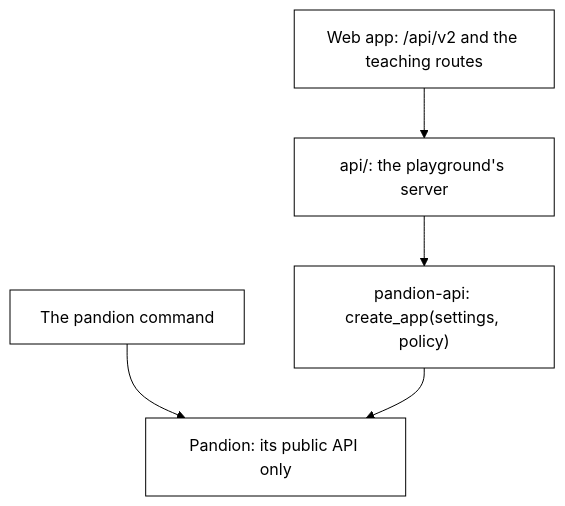
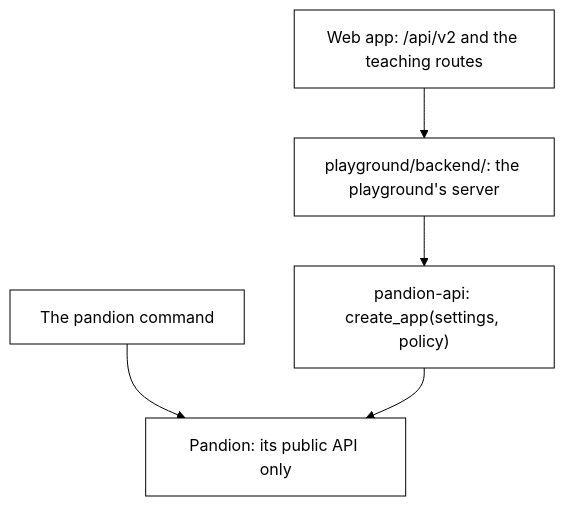
Before and after one commit to nadeem4/rag-playground: the first of 3 diagrams in docs/architecture.md, drawn with Mermaid. The commit also changed other lines of this file and 69 other files, not shown here.

First line of the commit message:
refactor: move the playground server from api/ to playground/backend

````diff
--- a/docs/architecture.md
+++ b/docs/architecture.md
@@ -132,8 +134,8 @@
 ```mermaid
 %%{init: {'theme':'base','themeVariables':{'primaryColor':'#ffffff','primaryTextColor':'#000000','primaryBorderColor':'#000000','lineColor':'#000000'}}}%%
 flowchart TB
     CLI["The pandion command"] --> CORE
-    WEB["Web app: /api/v2 and the teaching routes"] --> APP["api/: the playground's server"]
+    WEB["Web app: /api/v2 and the teaching routes"] --> APP["playground/backend/: the playground's server"]
     APP --> API["pandion-api: create_app(settings, policy)"]
     API --> CORE["Pandion: its public API only"]
 ```
````
